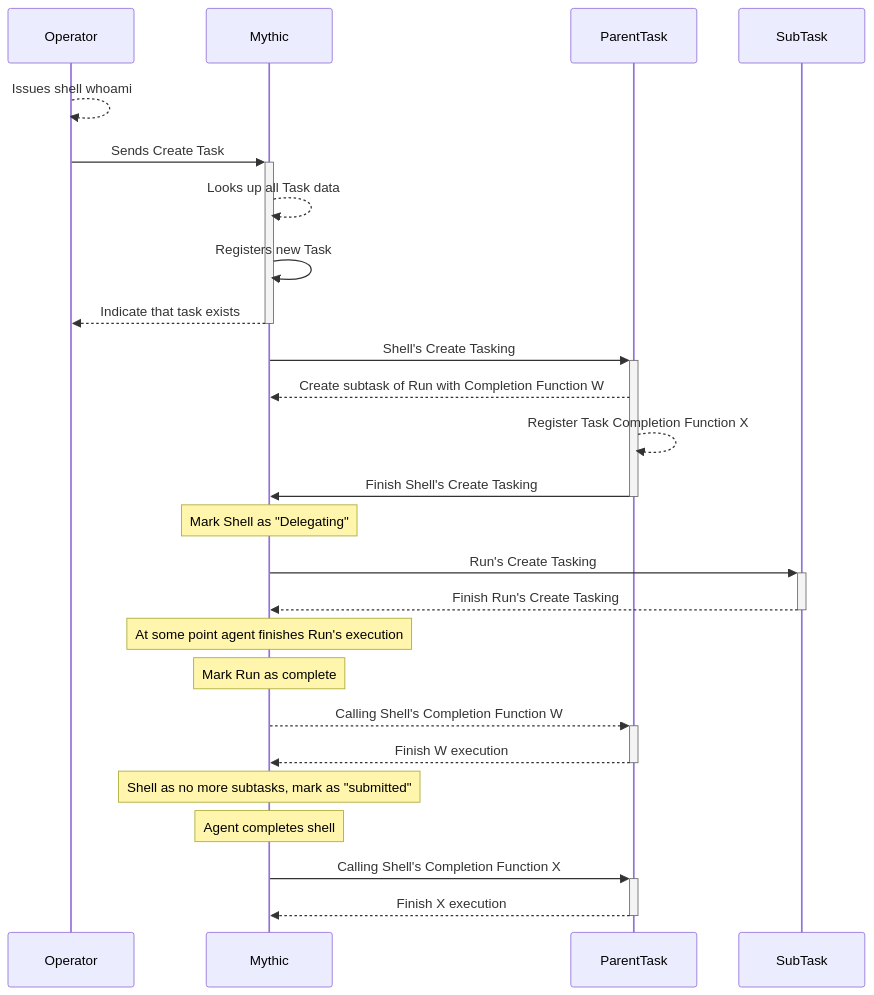
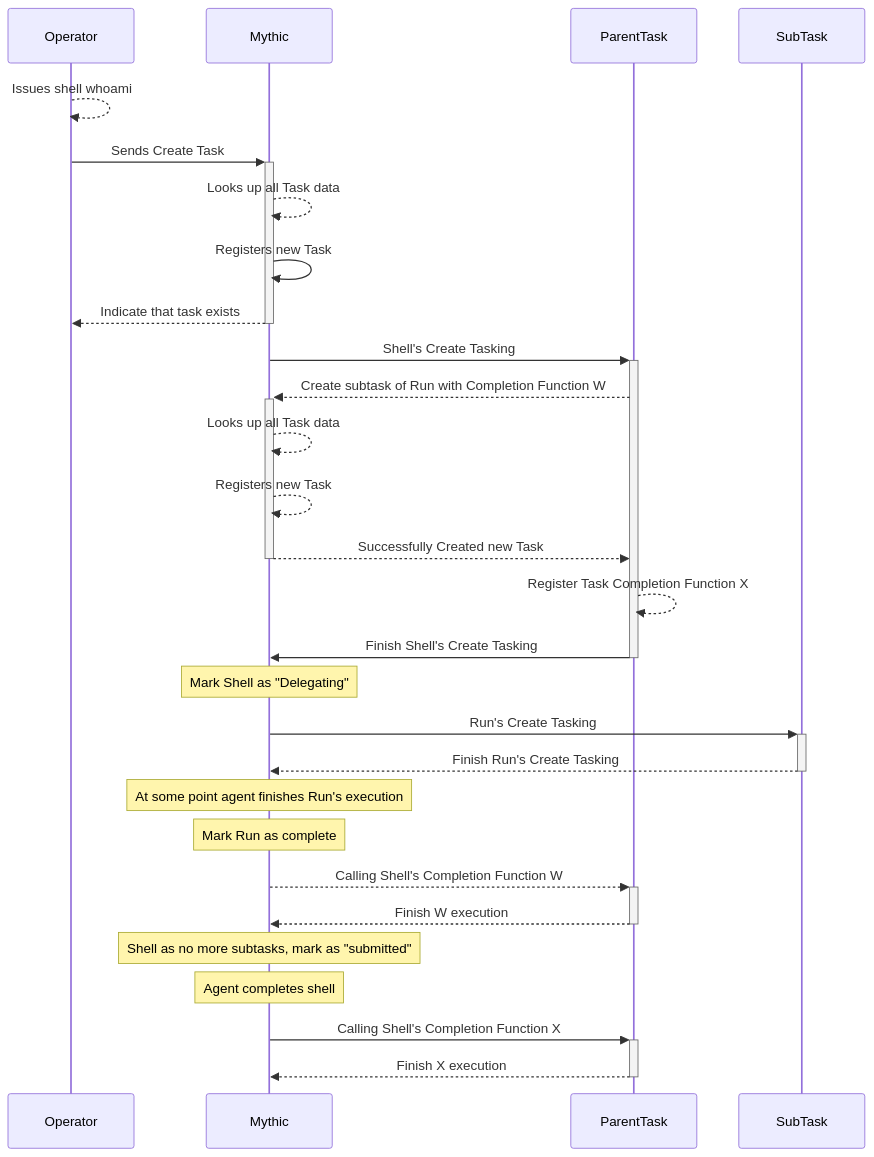
One commit to MythicMeta/Documentation changed the diagram in customizing/payload-type-development/sub-tasking-task-callbacks.md. Above: the diagram before and after it, drawn with Mermaid.

Commit message:
GITBOOK-206: change request with no subject merged in GitBook

````diff
--- a/customizing/payload-type-development/sub-tasking-task-callbacks.md
+++ b/customizing/payload-type-development/sub-tasking-task-callbacks.md
@@ -92,28 +92,30 @@
-```mermaid
+```mermaid fullWidth="true"
 sequenceDiagram
     participant O as Operator
     participant M as Mythic
     participant PT as ParentTask
     participant ST as SubTask
     O -->> O: Issues shell whoami
     O ->>+ M: Sends Create Task
     M -->> M: Looks up all Task data
     M ->> M: Registers new Task
     M -->>- O: Indicate that task exists
     M ->>+ PT: Shell's Create Tasking
-    PT -->> M: Create subtask of Run with Completion Function W
+    PT -->>+ M: Create subtask of Run with Completion Function W
+    M -->> M: Looks up all Task data
+    M -->> M: Registers new Task
+    M -->>- PT: Successfully Created new Task
     PT -->> PT: Register Task Completion Function X
     PT ->>- M: Finish Shell's Create Tasking
     Note over M: Mark Shell as "Delegating"
     M ->>+ ST: Run's Create Tasking
     ST -->>- M: Finish Run's Create Tasking
     Note over M: At some point agent finishes Run's execution
     Note over M: Mark Run as complete
     M -->>+ PT: Calling Shell's Completion Function W
     PT -->>- M: Finish W execution
     Note over M: Shell as no more subtasks, mark as "submitted"
     Note over M: Agent completes shell
     M ->>+ PT: Calling Shell's Completion Function X
     PT -->>- M: Finish X execution
-    
 ```
````
